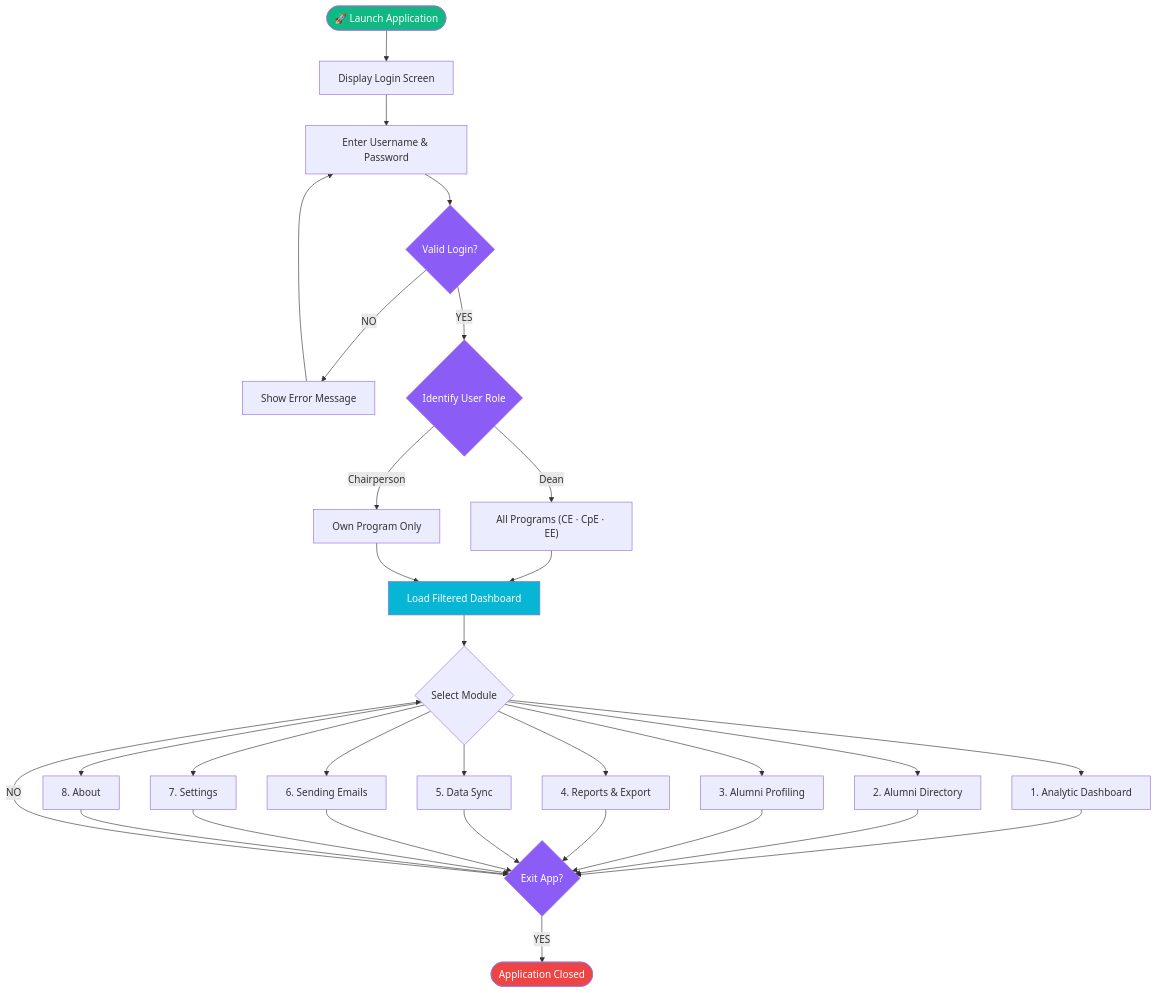
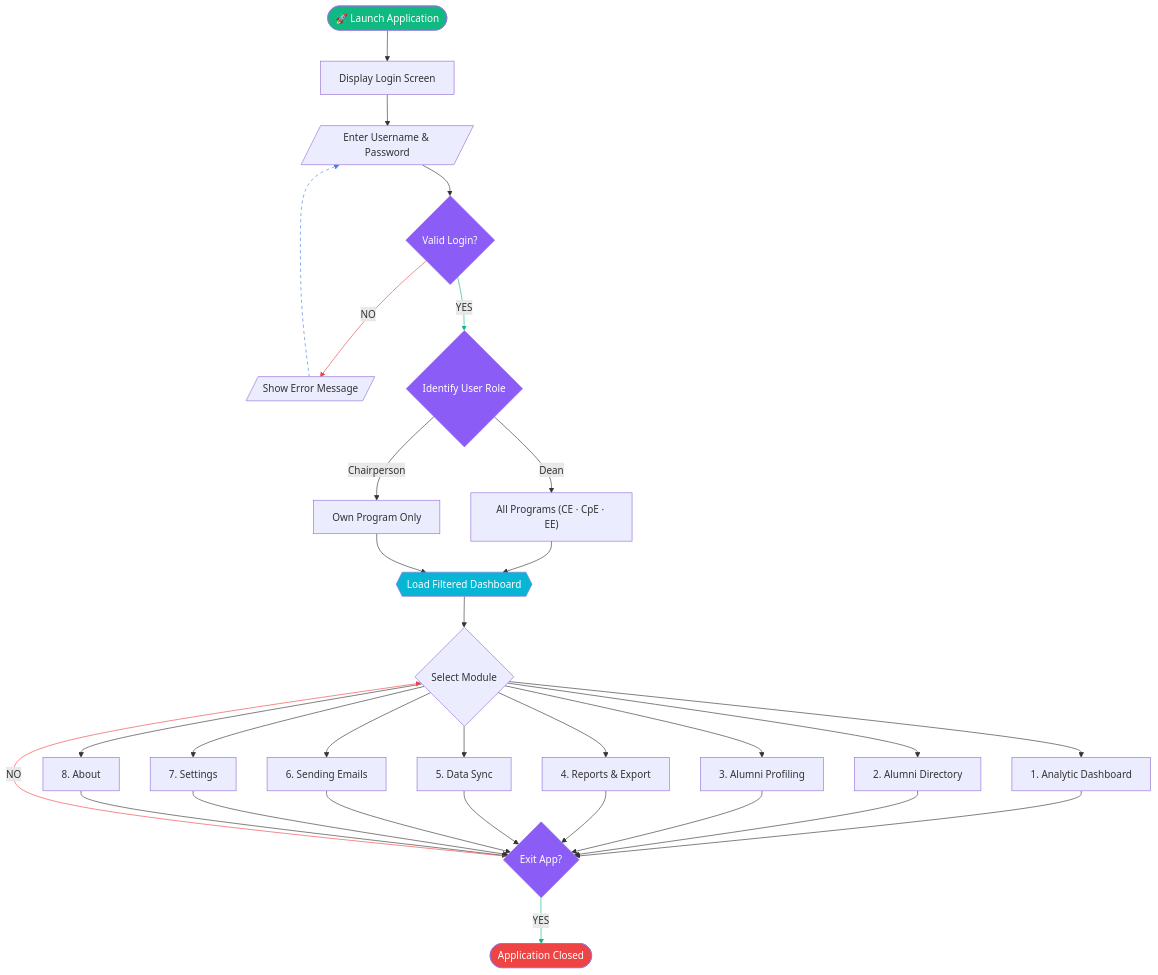
One commit to rakuya-khun/alumni-db changed the first of 10 diagrams in docs/technical/alumni-db-flowcharts.md. Above: the diagram before and after it, drawn with Mermaid. The commit also changed other lines of this file, not shown here.

Commit message:
docs: flowchart mermaid markdown shape adjustment

````diff
--- a/docs/technical/alumni-db-flowcharts.md
+++ b/docs/technical/alumni-db-flowcharts.md
@@ -28,32 +28,37 @@
 ```mermaid
 flowchart TD
     A([🚀 Launch Application]) --> B[Display Login Screen]
-    B --> C["Enter Username & Password"]
+    B --> C[/"Enter Username & Password"/]
     C --> D{Valid Login?}
-    D -- NO --> E[Show Error Message]
+    D -- NO --> E[/"Show Error Message"/]
     E --> C
     D -- YES --> F{Identify User Role}
     F -- Dean --> G["All Programs (CE · CpE · EE)"]
     F -- Chairperson --> H["Own Program Only"]
-    G --> I[Load Filtered Dashboard]
+    G --> I{{"Load Filtered Dashboard"}}
     H --> I
     I --> J{Select Module}
     J --> K["1. Analytic Dashboard"]
     J --> L["2. Alumni Directory"]
     J --> M["3. Alumni Profiling"]
     J --> N["4. Reports & Export"]
     J --> O["5. Data Sync"]
     J --> P["6. Sending Emails"]
     J --> Q["7. Settings"]
     J --> R["8. About"]
     K & L & M & N & O & P & Q & R --> S{Exit App?}
     S -- NO --> J
     S -- YES --> T([Application Closed])
 
     style A fill:#10b981,color:#fff
     style T fill:#ef4444,color:#fff
     style D fill:#8b5cf6,color:#fff
     style F fill:#8b5cf6,color:#fff
     style S fill:#8b5cf6,color:#fff
     style I fill:#06b6d4,color:#fff
+    linkStyle 3 stroke:#ef4444
+    linkStyle 4 stroke:#3b82f6,stroke-dasharray:5
+    linkStyle 5 stroke:#10b981
+    linkStyle 27 stroke:#ef4444
+    linkStyle 28 stroke:#10b981
 ```
````
